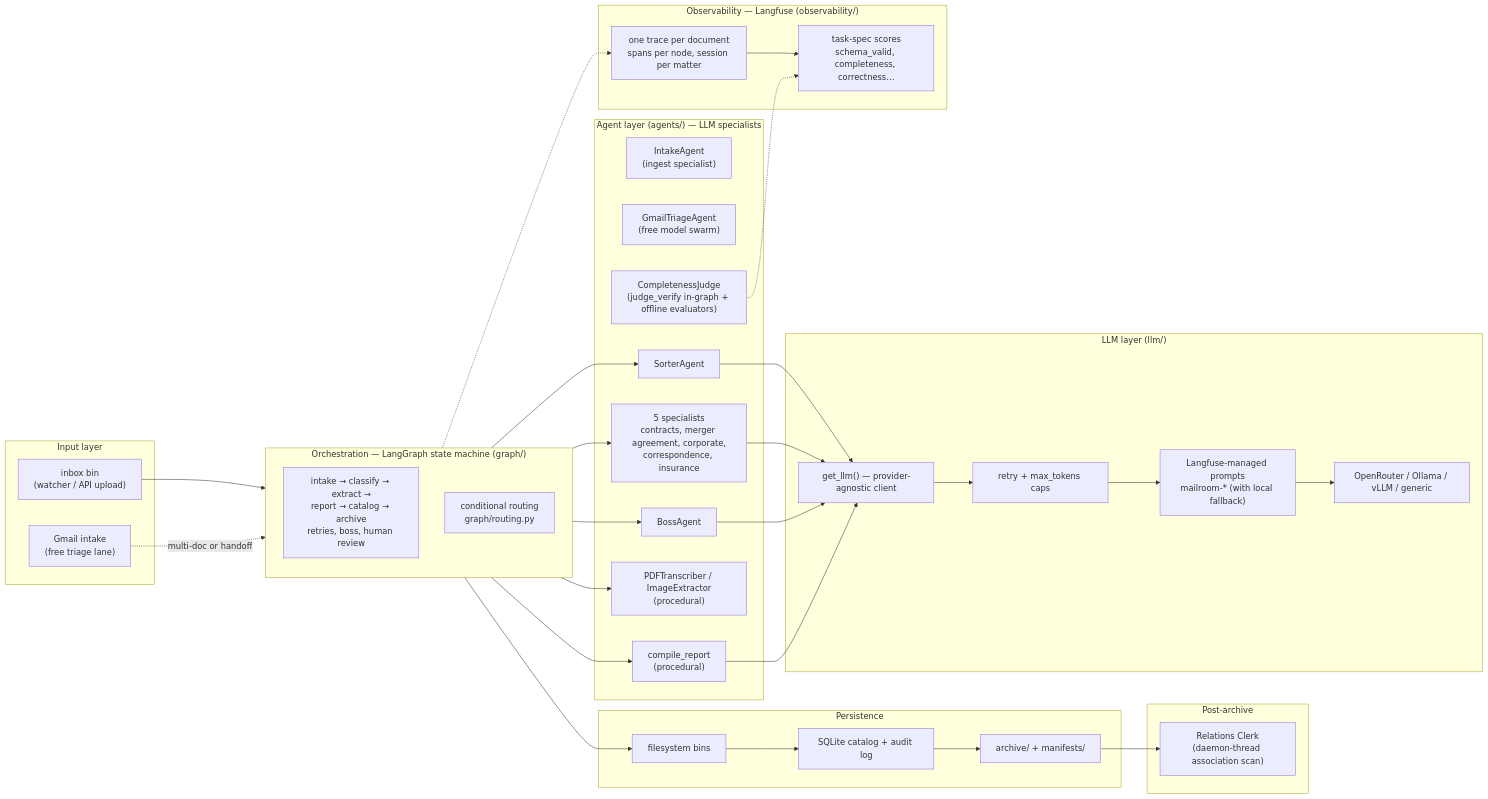
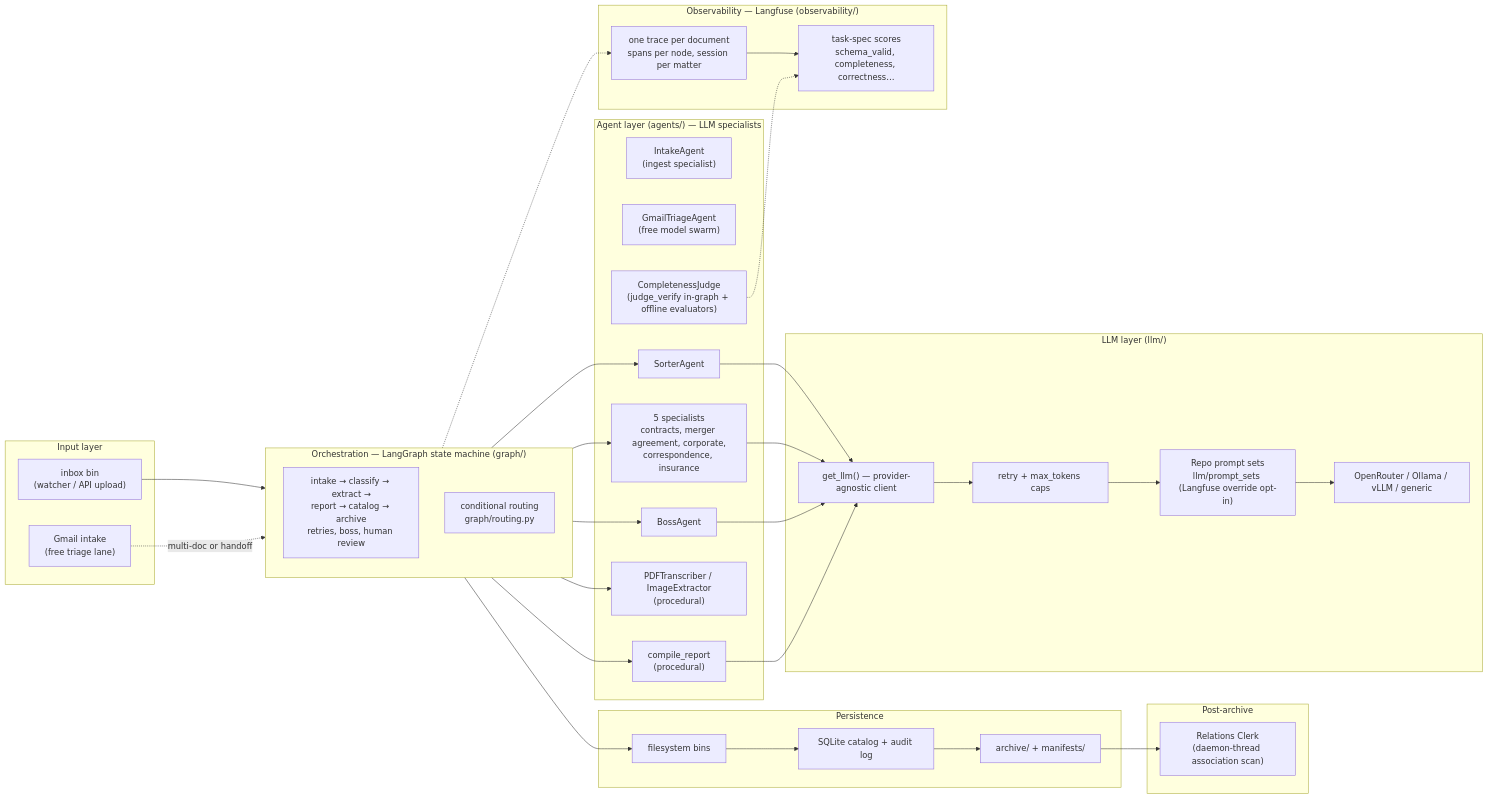
One commit to Exios66/llm-mailroom changed the second of 2 diagrams in docs/pipeline-reference-llm-mailroom/architecture.md. Above: the diagram before and after it, drawn with Mermaid. The commit also changed other lines of this file and 17 other files, not shown here.

First line of the commit message:
fix(prompts): honest prompt ids under the Langfuse opt-in; docs say repo is default

````diff
--- a/docs/pipeline-reference-llm-mailroom/architecture.md
+++ b/docs/pipeline-reference-llm-mailroom/architecture.md
@@ -81,57 +81,57 @@
 ```mermaid
 flowchart LR
     subgraph IN["Input layer"]
         INBOX["inbox bin<br/>(watcher / API upload)"]
         GMAIL_INBOX["Gmail intake<br/>(free triage lane)"]
     end
 
     subgraph ORCH["Orchestration — LangGraph state machine (graph/)"]
         direction TB
         NODES["intake → classify → extract →<br/>report → catalog → archive<br/>retries, boss, human review"]
         ROUTING["conditional routing<br/>graph/routing.py"]
     end
 
     subgraph AGENTS["Agent layer (agents/) — LLM specialists"]
         INTAKE["IntakeAgent<br/>(ingest specialist)"]
         GMAIL_AGENT["GmailTriageAgent<br/>(free model swarm)"]
         SORTER["SorterAgent"]
         SPEC["5 specialists<br/>contracts, merger agreement, corporate,<br/>correspondence, insurance"]
         BOSS["BossAgent"]
         REPORTER["compile_report<br/>(procedural)"]
         PDF["PDFTranscriber / ImageExtractor<br/>(procedural)"]
         JUDGE["CompletenessJudge<br/>(judge_verify in-graph + offline evaluators)"]
     end
 
     subgraph POST["Post-archive"]
         RELATIONS["Relations Clerk<br/>(daemon-thread association scan)"]
     end
 
     subgraph LLM["LLM layer (llm/)"]
         CLI["get_llm() — provider-agnostic client"]
         RETRY["retry + max_tokens caps"]
-        PROMPTS["Langfuse-managed prompts<br/>mailroom-* (with local fallback)"]
+        PROMPTS["Repo prompt sets<br/>llm/prompt_sets (Langfuse override opt-in)"]
         P["OpenRouter / Ollama / vLLM / generic"]
     end
 
     subgraph PERSIST["Persistence"]
         BINS["filesystem bins"]
         SQLITE["SQLite catalog + audit log"]
         ARCHIVE2["archive/ + manifests/"]
     end
 
     subgraph OBS["Observability — Langfuse (observability/)"]
         TRACES["one trace per document<br/>spans per node, session per matter"]
         SCORES["task-spec scores<br/>schema_valid, completeness, correctness…"]
     end
 
     INBOX --> NODES
     GMAIL_INBOX -.->|multi-doc or handoff| NODES
     NODES --> SORTER & SPEC & BOSS & REPORTER & PDF
     SORTER & SPEC & BOSS & REPORTER --> CLI
     CLI --> RETRY --> PROMPTS --> P
     NODES --> BINS --> SQLITE --> ARCHIVE2
     ARCHIVE2 --> RELATIONS
     NODES -.-> TRACES
     TRACES --> SCORES
     JUDGE -.-> SCORES
 ```
````
